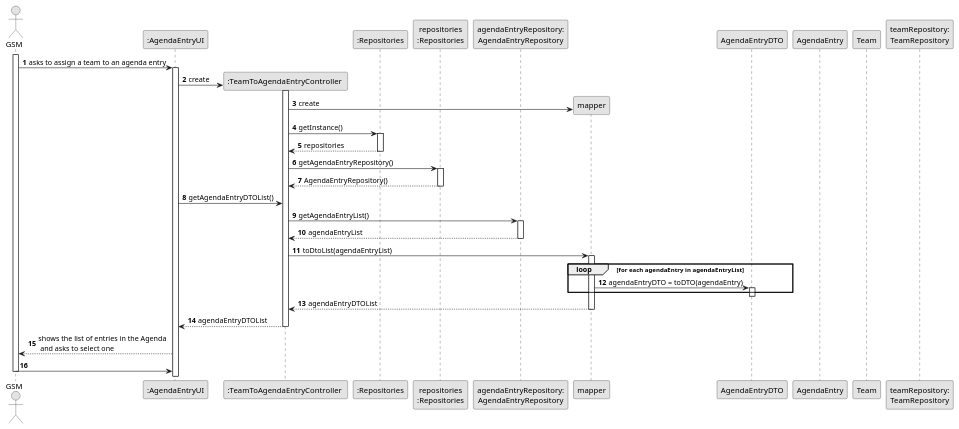
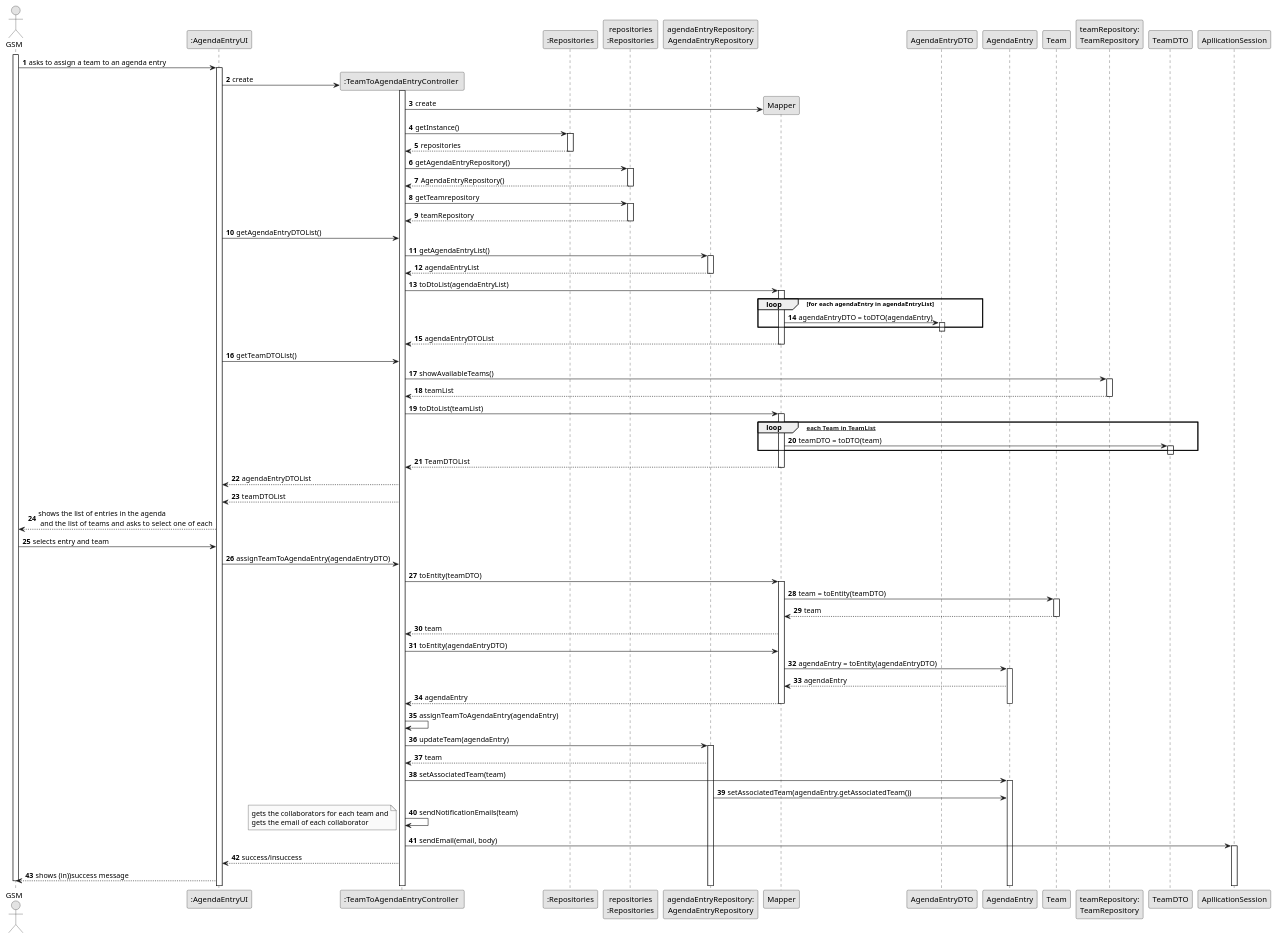
One commit to Departamento-de-Engenharia-Informatica/lei-24-s2-1do-g164 changed the diagram in docs/sprintC/us023/03.design/puml/us023-sequence-diagram-full.puml. Above: the diagram before and after it, drawn with PlantUML. The commit also changed 6 other files, not shown here.

```diff
--- a/docs/sprintC/us023/03.design/puml/us023-sequence-diagram-full.puml
+++ b/docs/sprintC/us023/03.design/puml/us023-sequence-diagram-full.puml
@@ -1,85 +1,161 @@
 @startuml
 skinparam monochrome true
 skinparam packageStyle rectangle
 skinparam shadowing false
 
 autonumber
 
 'hide footbox
 actor "GSM" as GSM
 participant ":AgendaEntryUI" as ui
 participant ":TeamToAgendaEntryController " as ctrl
 participant ":Repositories" as RepositorySingleton
 participant "repositories\n:Repositories" as plat
 participant "agendaEntryRepository:\nAgendaEntryRepository" as agendaRepo
-participant mapper as mapper
+participant Mapper as mapper
 participant AgendaEntryDTO as AgendaEntryDTO
 participant "AgendaEntry" as agendaEntry
 participant "Team" as team
 participant "teamRepository:\nTeamRepository" as teamRepo
-
+participant "TeamDTO" as TeamDTO
+participant "ApllicationSession" as app
 
 
 activate GSM
 
                 GSM -> ui : asks to assign a team to an agenda entry
 
                 activate ui
 
                 ui -> ctrl** : create
 
                 activate ctrl
 
                 ctrl-> mapper** : create
 
                 ctrl -> RepositorySingleton : getInstance()
                 activate RepositorySingleton
 
                     RepositorySingleton --> ctrl: repositories
                 deactivate RepositorySingleton
 
                 ctrl -> plat : getAgendaEntryRepository()
                 activate plat
 
                     plat --> ctrl: AgendaEntryRepository()
                 deactivate plat
 
+                ctrl-> plat: getTeamrepository
+                activate plat
+
+                plat--> ctrl: teamRepository
+
+                deactivate plat
+
                 ui-> ctrl: getAgendaEntryDTOList()
 
 
                 ctrl -> agendaRepo : getAgendaEntryList()
                 activate agendaRepo
 
                 agendaRepo --> ctrl: agendaEntryList
                 deactivate agendaRepo
 
                 ctrl -> mapper : toDtoList(agendaEntryList)
                 activate mapper
 
 
                  loop for each agendaEntry in agendaEntryList
 
                  mapper -> AgendaEntryDTO : agendaEntryDTO = toDTO(agendaEntry)
 
                   activate AgendaEntryDTO
                   end
                 deactivate AgendaEntryDTO
 
                 mapper --> ctrl : agendaEntryDTOList
                 deactivate mapper
 
+                ui -> ctrl :  getTeamDTOList()
+
+                ctrl -> teamRepo : showAvailableTeams()
+                activate teamRepo
+
+                teamRepo --> ctrl: teamList
+                deactivate teamRepo
+
+                ctrl -> mapper:  toDtoList(teamList)
+                activate mapper
+                loop [for each Team in TeamList]
+
+                mapper -> TeamDTO: teamDTO = toDTO(team)
+                activate TeamDTO
+
+                end
+                deactivate TeamDTO
+                mapper --> ctrl: TeamDTOList
+
+                 deactivate mapper
                  ctrl --> ui : agendaEntryDTOList
-                 deactivate ctrl
+                 ctrl --> ui: teamDTOList
 
-                 ui --> GSM: shows the list of entries in the Agenda\n and asks to select one
+                 ui --> GSM: shows the list of entries in the agenda\n and the list of  teams and asks to select one of each
 
-                 GSM -> ui
+                 GSM -> ui: selects entry and team
+
+                 ui->ctrl: assignTeamToAgendaEntry(agendaEntryDTO)
+
+                 ctrl -> mapper : toEntity(teamDTO)
+                 activate mapper
+
+                 mapper-> team: team = toEntity(teamDTO)
+                 activate team
+                 team--> mapper: team
+                 deactivate team
+
+                 mapper --> ctrl: team
 
 
+                 ctrl -> mapper : toEntity(agendaEntryDTO)
+
+
+                 mapper-> agendaEntry: agendaEntry = toEntity(agendaEntryDTO)
+                 activate agendaEntry
+                 agendaEntry--> mapper: agendaEntry
+                  mapper --> ctrl: agendaEntry
+
+                 deactivate mapper
+
+
+                 deactivate agendaEntry
+
+                ctrl->ctrl: assignTeamToAgendaEntry(agendaEntry)
+
+
+
+                 ctrl -> agendaRepo: updateTeam(agendaEntry)
+                 activate agendaRepo
+
+                 agendaRepo--> ctrl: team
+
+
+                 ctrl-> agendaEntry: setAssociatedTeam(team)
+                 activate agendaEntry
+                agendaRepo -> agendaEntry: setAssociatedTeam(agendaEntry.getAssociatedTeam())
+
+
+                ctrl->ctrl: sendNotificationEmails(team)
+                    note left: gets the collaborators for each team and\ngets the email of each collaborator
+                ctrl-> app :  sendEmail(email, body)
+
+                activate app
+
+                ctrl --> ui: success/insuccess
+                ui--> GSM: shows (in))success message
 
 
 
 
 deactivate GSM
 
 @enduml
```
